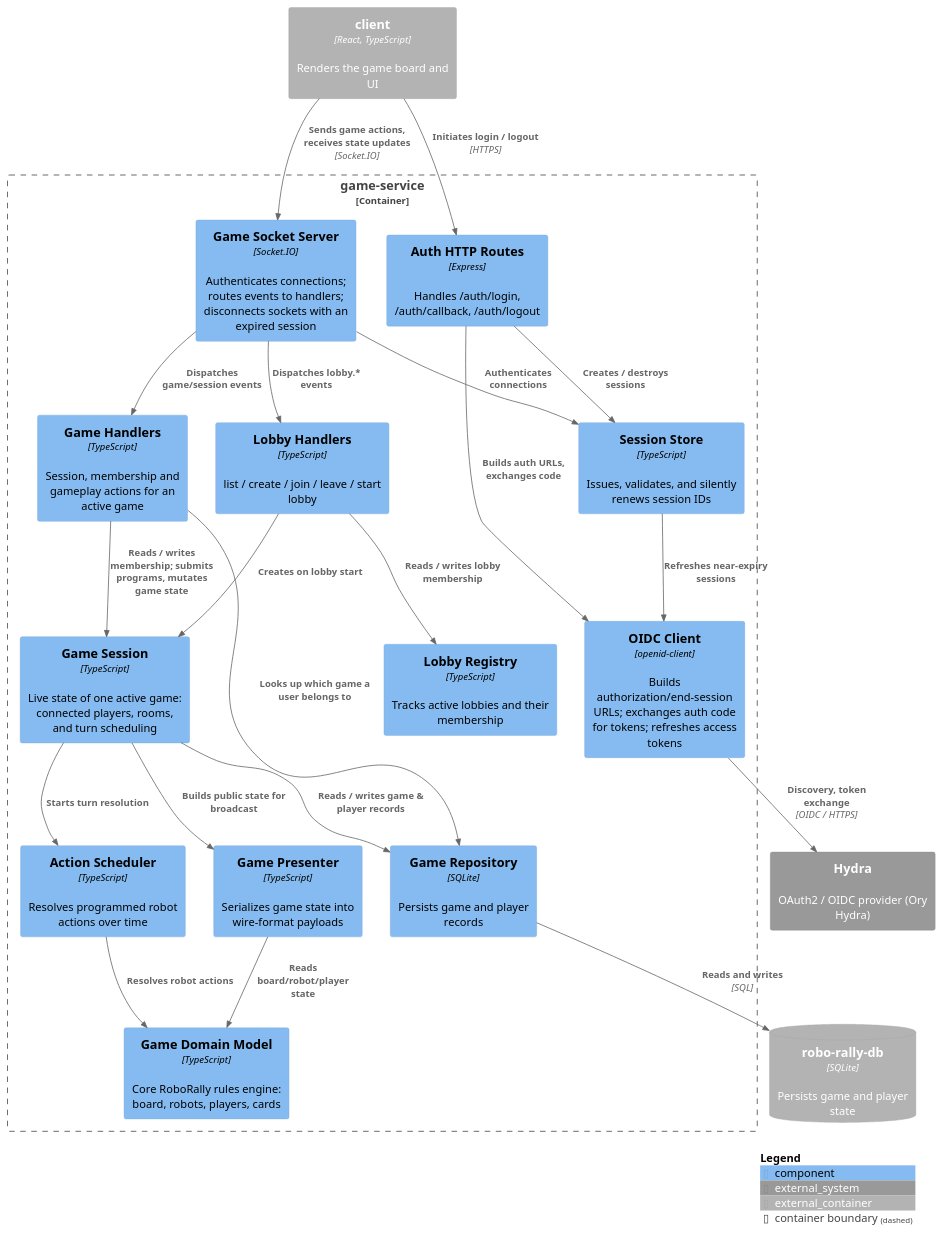
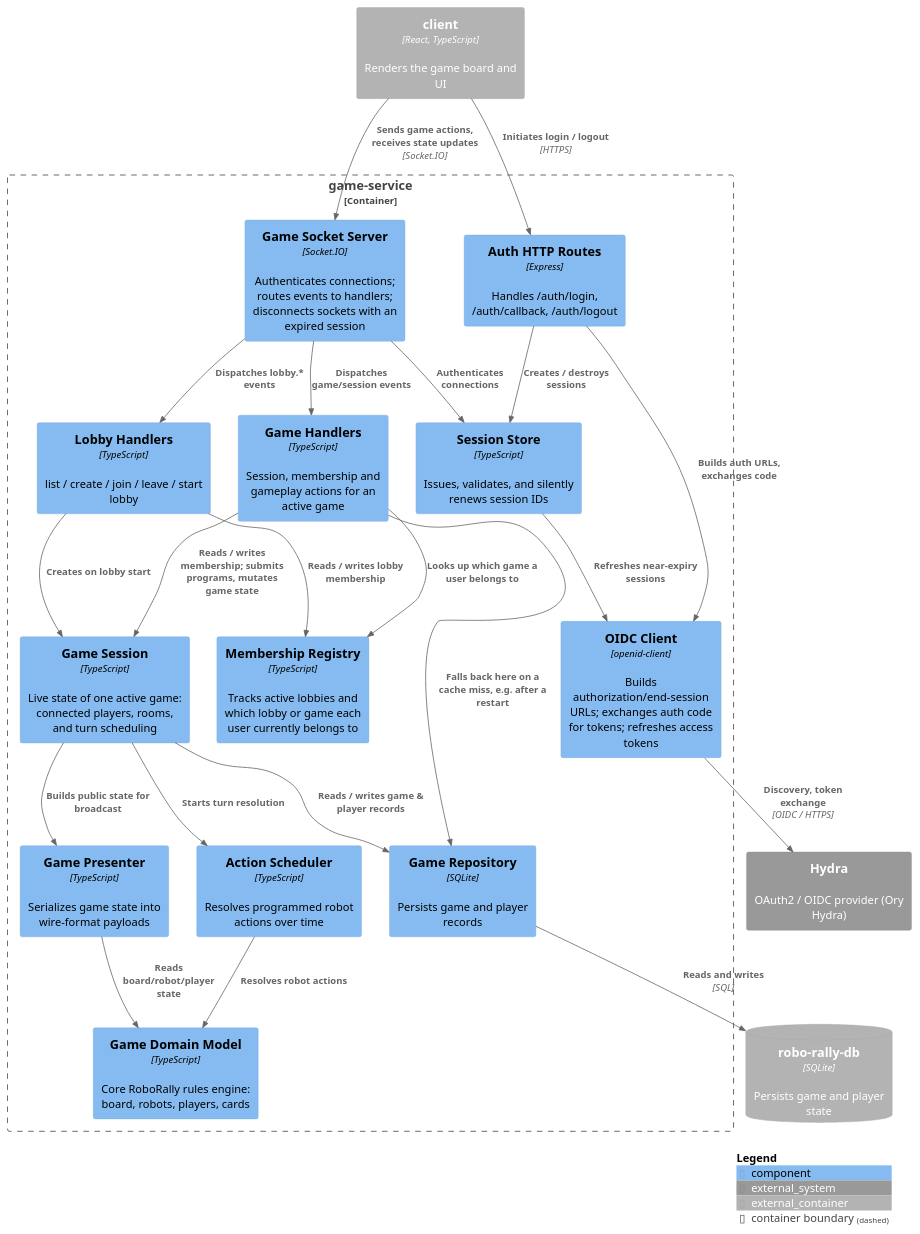
Before and after one commit to hananinas/RoboRally: the diagram in docs/architecture/figures/component-combined.puml, drawn with PlantUML. The commit also changed 135 other files, not shown here.

```diff
--- a/docs/architecture/figures/component-combined.puml
+++ b/docs/architecture/figures/component-combined.puml
@@ -1,52 +1,53 @@
 @startuml component-combined
 !include C4_Component.puml
 
 LAYOUT_WITH_LEGEND()
 
 Container_Ext(client, "client", "React, TypeScript", "Renders the game board and UI")
 System_Ext(hydra, "Hydra", "OAuth2 / OIDC provider (Ory Hydra)")
 ContainerDb_Ext(gameDb, "robo-rally-db", "SQLite", "Persists game and player state")
 
 Container_Boundary(gameService, "game-service") {
     Component(authRoutes, "Auth HTTP Routes", "Express", "Handles /auth/login, /auth/callback, /auth/logout")
     Component(oidcClient, "OIDC Client", "openid-client", "Builds authorization/end-session URLs; exchanges auth code for tokens; refreshes access tokens")
     Component(sessionStore, "Session Store", "TypeScript", "Issues, validates, and silently renews session IDs")
 
     Component(gameSocketServer, "Game Socket Server", "Socket.IO", "Authenticates connections; routes events to handlers; disconnects sockets with an expired session")
     Component(lobbyHandlers, "Lobby Handlers", "TypeScript", "list / create / join / leave / start lobby")
     Component(gameHandlers, "Game Handlers", "TypeScript", "Session, membership and gameplay actions for an active game")
-    Component(lobbyRegistry, "Lobby Registry", "TypeScript", "Tracks active lobbies and their membership")
+    Component(membershipRegistry, "Membership Registry", "TypeScript", "Tracks active lobbies and which lobby or game each user currently belongs to")
     Component(gameSession, "Game Session", "TypeScript", "Live state of one active game: connected players, rooms, and turn scheduling")
     Component(gameRepo, "Game Repository", "SQLite", "Persists game and player records")
     Component(actionScheduler, "Action Scheduler", "TypeScript", "Resolves programmed robot actions over time")
     Component(gamePresenter, "Game Presenter", "TypeScript", "Serializes game state into wire-format payloads")
     Component(gameDomain, "Game Domain Model", "TypeScript", "Core RoboRally rules engine: board, robots, players, cards")
 }
 
 Rel(client, authRoutes, "Initiates login / logout", "HTTPS")
 Rel(client, gameSocketServer, "Sends game actions, receives state updates", "Socket.IO")
 
 Rel(authRoutes, oidcClient, "Builds auth URLs, exchanges code")
 Rel(authRoutes, sessionStore, "Creates / destroys sessions")
 Rel(oidcClient, hydra, "Discovery, token exchange", "OIDC / HTTPS")
 Rel(sessionStore, oidcClient, "Refreshes near-expiry sessions")
 
 Rel(gameSocketServer, sessionStore, "Authenticates connections")
 Rel(gameSocketServer, lobbyHandlers, "Dispatches lobby.* events")
 Rel(gameSocketServer, gameHandlers, "Dispatches game/session events")
 
-Rel(lobbyHandlers, lobbyRegistry, "Reads / writes lobby membership")
+Rel(lobbyHandlers, membershipRegistry, "Reads / writes lobby membership")
 Rel(lobbyHandlers, gameSession, "Creates on lobby start")
 
-Rel(gameHandlers, gameRepo, "Looks up which game a user belongs to")
+Rel(gameHandlers, membershipRegistry, "Looks up which game a user belongs to")
+Rel(gameHandlers, gameRepo, "Falls back here on a cache miss, e.g. after a restart")
 Rel(gameHandlers, gameSession, "Reads / writes membership; submits programs, mutates game state")
 Rel(gameSession, gameRepo, "Reads / writes game & player records")
 Rel(gameRepo, gameDb, "Reads and writes", "SQL")
 
 Rel(gameSession, actionScheduler, "Starts turn resolution")
 Rel(actionScheduler, gameDomain, "Resolves robot actions")
 Rel(gameSession, gamePresenter, "Builds public state for broadcast")
 Rel(gamePresenter, gameDomain, "Reads board/robot/player state")
 
 SHOW_LEGEND()
 @enduml
```
